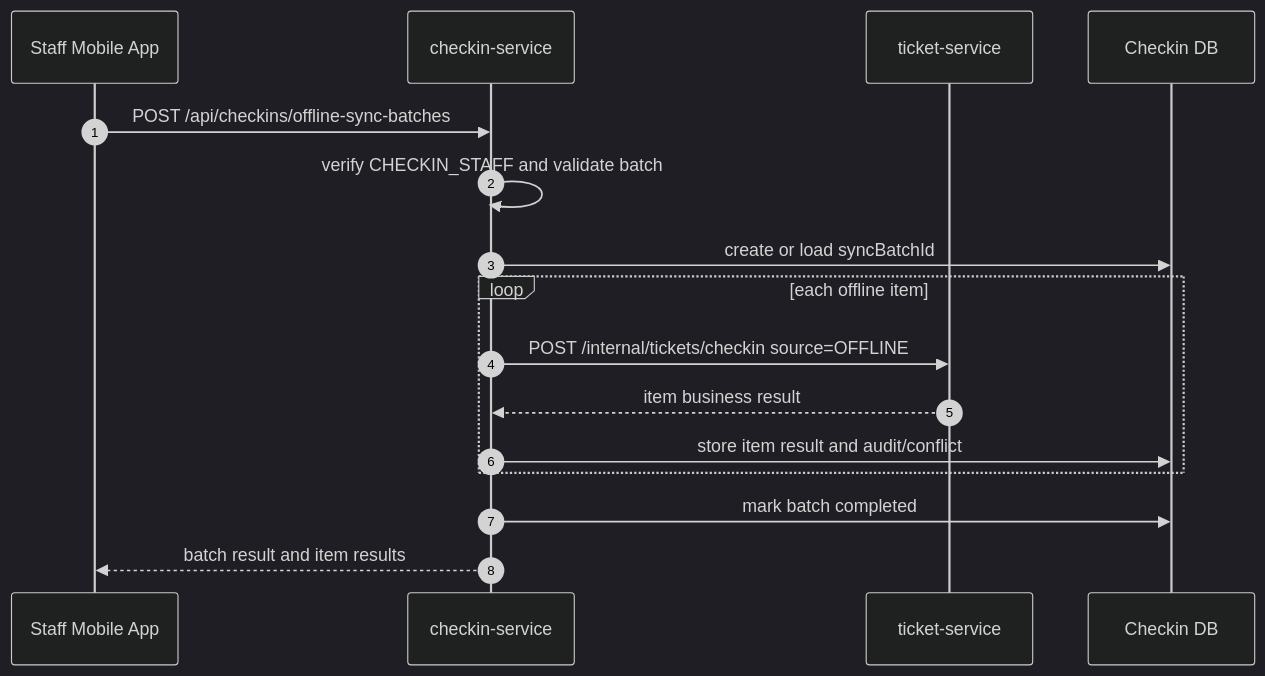
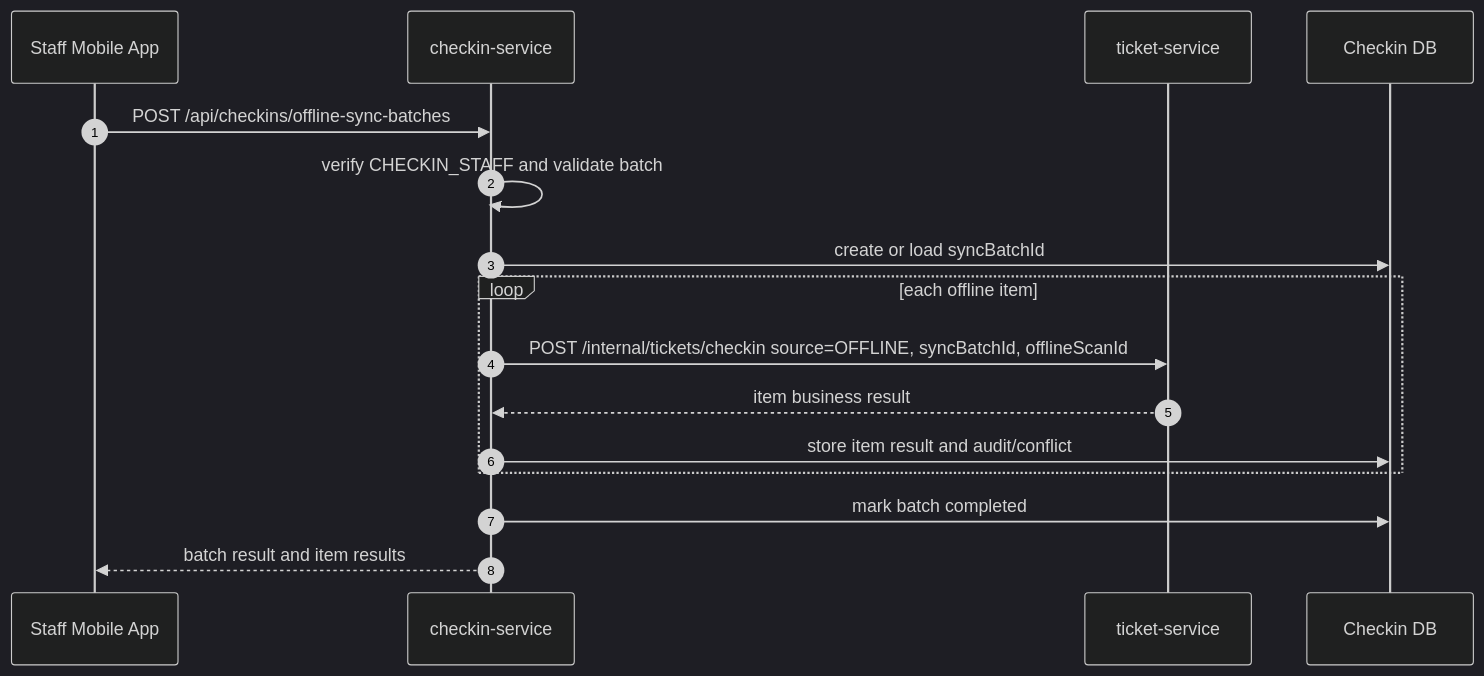
Before and after one commit to software-design-138gogo/tickefy-backend: the third of 5 diagrams in docs/contracts/flows/offline-checkin-sync-flow.md, drawn with Mermaid (dark theme). The commit also changed 17 other files, not shown here.

````diff
--- a/docs/contracts/flows/offline-checkin-sync-flow.md
+++ b/docs/contracts/flows/offline-checkin-sync-flow.md
@@ -112,19 +112,19 @@
 ```mermaid
 sequenceDiagram
     autonumber
     participant Mobile as Staff Mobile App
     participant Checkin as checkin-service
     participant Ticket as ticket-service
     participant CheckinDB as Checkin DB
 
     Mobile->>Checkin: POST /api/checkins/offline-sync-batches
     Checkin->>Checkin: verify CHECKIN_STAFF and validate batch
     Checkin->>CheckinDB: create or load syncBatchId
     loop each offline item
-        Checkin->>Ticket: POST /internal/tickets/checkin source=OFFLINE
+        Checkin->>Ticket: POST /internal/tickets/checkin source=OFFLINE, syncBatchId, offlineScanId
         Ticket-->>Checkin: item business result
         Checkin->>CheckinDB: store item result and audit/conflict
     end
     Checkin->>CheckinDB: mark batch completed
     Checkin-->>Mobile: batch result and item results
 ```
````
